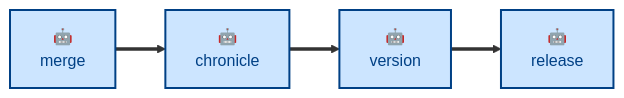
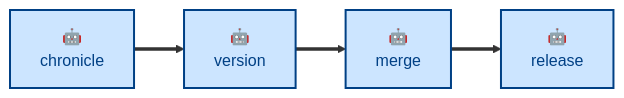
The diagram in skills/version/README.md (kieranpotts/skills), drawn with Mermaid before and after one commit. The commit also changed other lines of this file and 75 other files, not shown here.

````diff
--- a/skills/version/README.md
+++ b/skills/version/README.md
@@ -61,18 +52,18 @@
 ```mermaid
 flowchart LR
   %% Node labels and classes.
-  merge["🤖<br/>merge"]:::agentic
   chronicle["🤖<br/>chronicle"]:::agentic
   version["🤖<br/>version"]:::agentic
+  merge["🤖<br/>merge"]:::agentic
   release["🤖<br/>release"]:::agentic
 
   %% Main workflow sequence.
-  merge ==> chronicle
   chronicle ==> version
-  version ==> release
+  version ==> merge
+  merge ==> release
 
   %% Class definitions.
   classDef agentic fill:#cce5ff,stroke:#004085,color:#004085,stroke-width:2px
   classDef scripted fill:#e2e3e5,stroke:#4b5157,color:#383d41,stroke-width:2px
   classDef anthropic fill:#fff3cd,stroke:#856404,color:#856404,stroke-width:1px,stroke-dasharray:2 3
 ```
````
